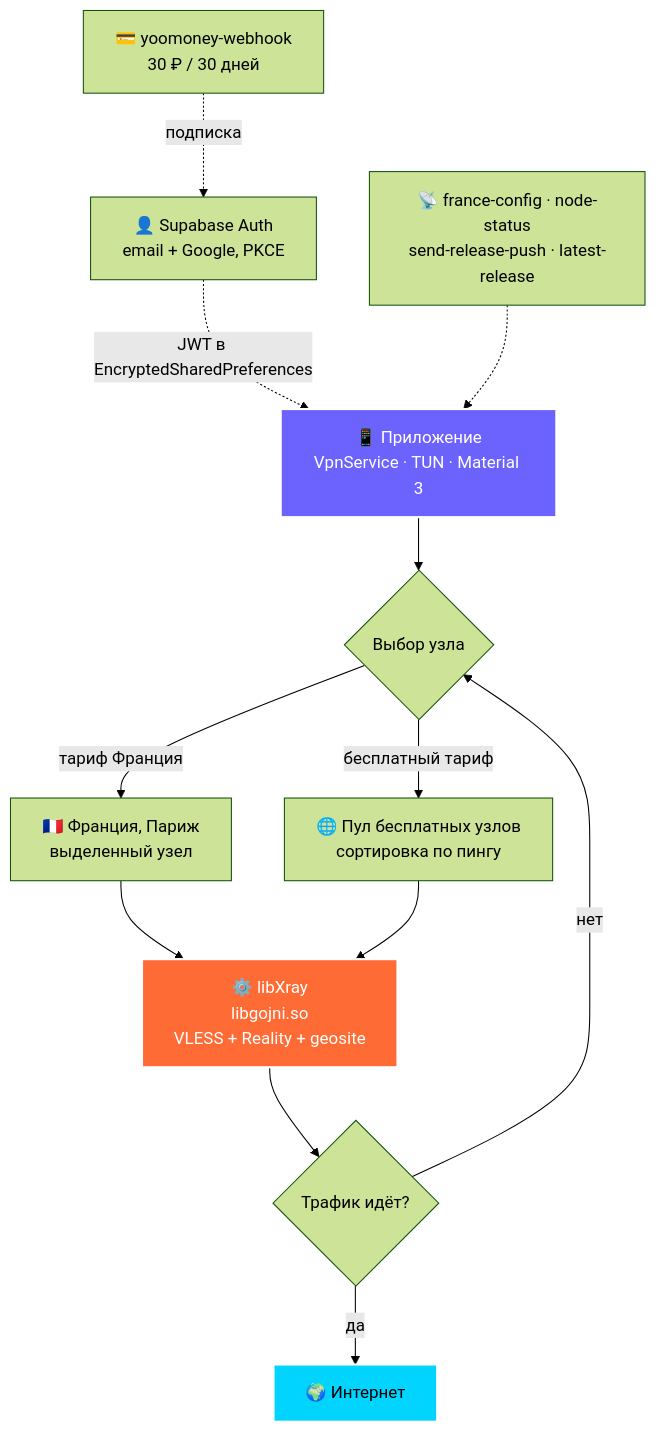
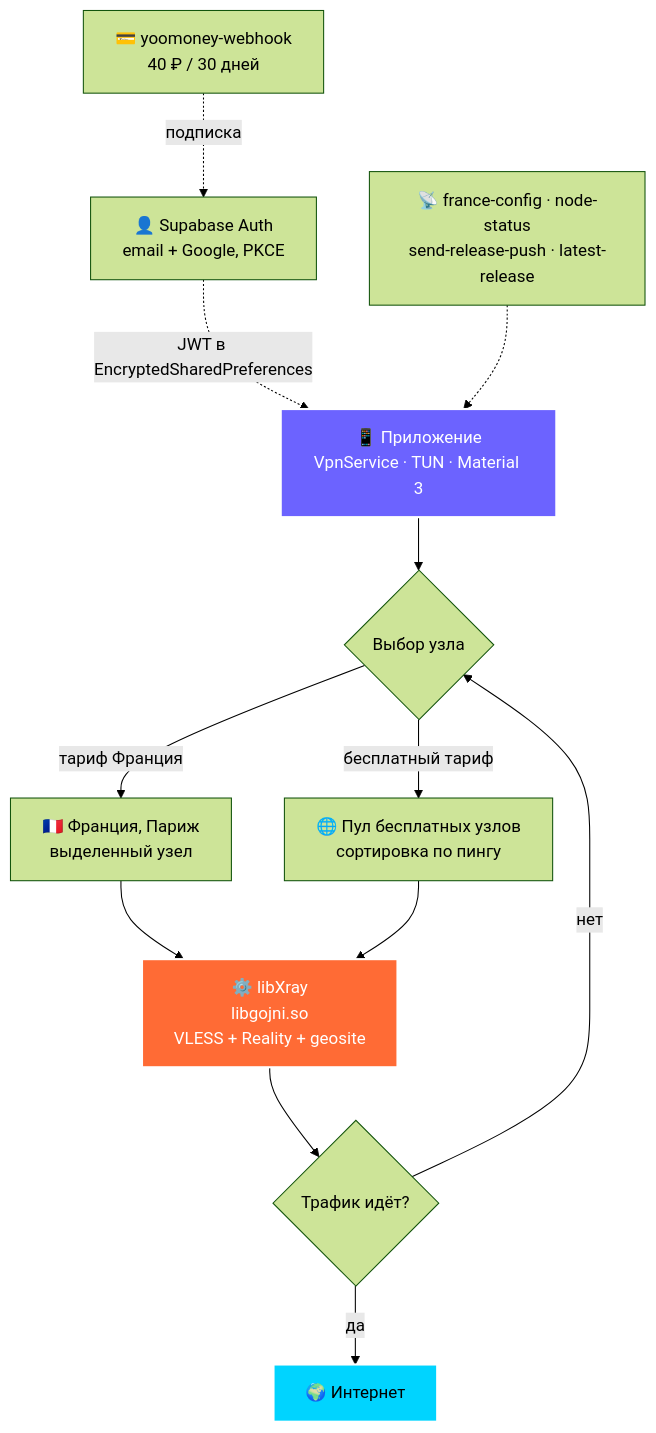
One commit to Core-Dev-Support/naua-security-mirage-android changed the diagram in README.md. Above: the diagram before and after it, drawn with Mermaid (forest theme). The commit also changed other lines of this file and 19 other files, not shown here.

````diff
--- a/README.md
+++ b/README.md
@@ -87,19 +87,19 @@
 ```mermaid
 flowchart TD
     A["📱 Приложение<br/>VpnService · TUN · Material 3"] --> S{"Выбор узла"}
     S -->|"тариф Франция"| P["🇫🇷 Франция, Париж<br/>выделенный узел"]
     S -->|"бесплатный тариф"| F["🌐 Пул бесплатных узлов<br/>сортировка по пингу"]
     P --> C["⚙️ libXray<br/>libgojni.so<br/>VLESS + Reality + geosite"]
     F --> C
     C --> W{"Трафик идёт?"}
     W -->|нет| S
     W -->|да| N["🌍 Интернет"]
 
     G["👤 Supabase Auth<br/>email + Google, PKCE"] -.->|JWT в EncryptedSharedPreferences| A
-    Y["💳 yoomoney-webhook<br/>30 ₽ / 30 дней"] -.->|подписка| G
+    Y["💳 yoomoney-webhook<br/>40 ₽ / 30 дней"] -.->|подписка| G
     B["📡 france-config · node-status<br/>send-release-push · latest-release"] -.-> A
 
     style A fill:#6C63FF,stroke:#fff,stroke-width:2px,color:#fff
     style C fill:#FF6B35,stroke:#fff,stroke-width:2px,color:#fff
     style N fill:#00D4FF,stroke:#fff,stroke-width:2px,color:#000
 ```
````
